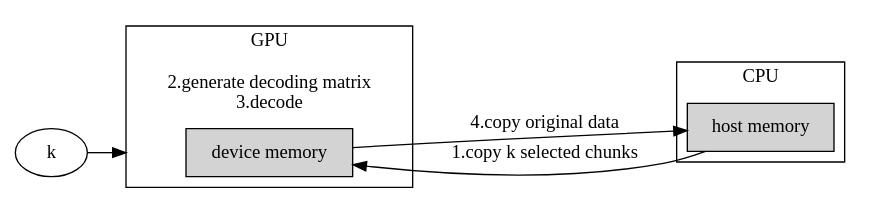
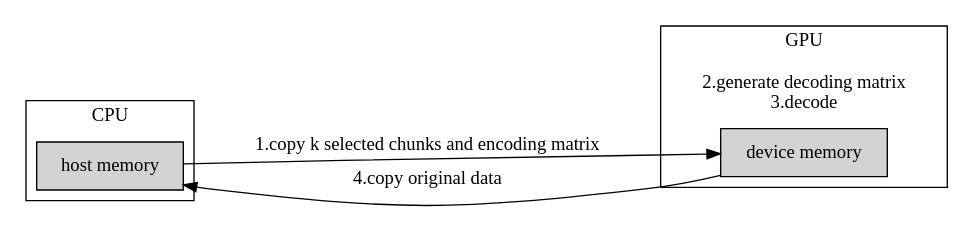
The diagram in doc/schematic-diagram/GPUdecode.dot (yszheda/GPU-RSCode), drawn with Graphviz before and after one commit. The commit also changed 11 other files, not shown here.

Commit message:
update schematic diagrams.

```diff
--- a/doc/schematic-diagram/GPUdecode.dot
+++ b/doc/schematic-diagram/GPUdecode.dot
@@ -1,32 +1,33 @@
 digraph GPUencode
 {
-"k" -> deviceMem [lhead=clusterGPU];
+//"k" -> deviceMem [lhead=clusterGPU];
 rankdir=LR;
 compound=true;
 subgraph clusterCPU
 {
 node [style=filled];
 shape=box;
 label="CPU";
 "hostMem"
 [
 style=filled
 shape=box
 label="host memory"
 ]
 }
 subgraph clusterGPU
 {
 node [style=filled];
 shape=box;
 label="GPU\n\n2.generate decoding matrix\n3.decode";
 "deviceMem"
 [
 style=filled
 shape=box
 label="device memory"
 ]
 }
-hostMem -> deviceMem [label="1.copy k selected chunks"];
+//hostMem -> deviceMem [label="1.copy k selected chunks"];
+hostMem -> deviceMem [label="1.copy k selected chunks and encoding matrix"];
 deviceMem -> hostMem [label="4.copy original data"];
 }
```
